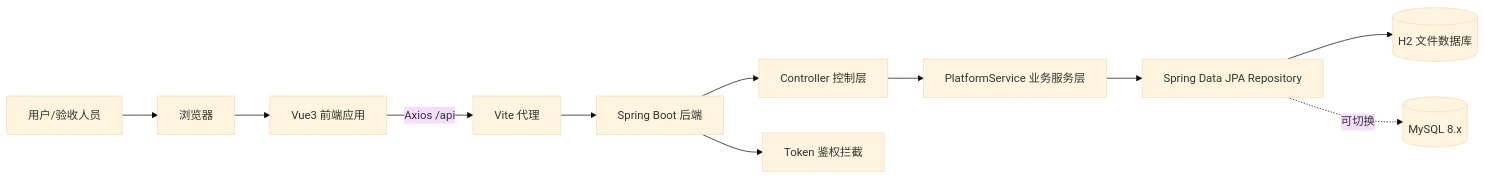
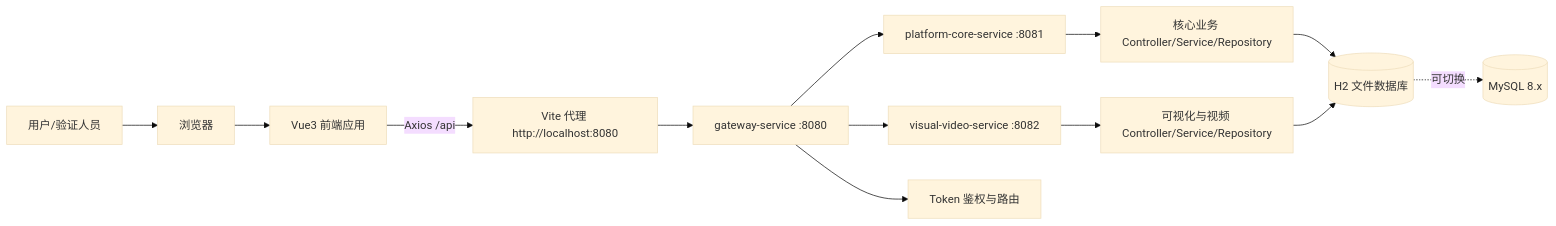
The first of 6 diagrams in docs/架构设计报告.md (hmhm114514/industrial-iot-platform), drawn with Mermaid (base theme) before and after one commit. The commit also changed other lines of this file and 218 other files, not shown here.

````diff
--- a/docs/架构设计报告.md
+++ b/docs/架构设计报告.md
@@ -17,13 +17,15 @@
 ```mermaid
 flowchart LR
-    U[用户/验收人员] --> B[浏览器]
+    U[用户/验证人员] --> B[浏览器]
     B --> F[Vue3 前端应用]
-    F -->|Axios /api| N[Vite 代理]
-    N --> S[Spring Boot 后端]
-    S --> C[Controller 控制层]
-    C --> SV[PlatformService 业务服务层]
-    SV --> R[Spring Data JPA Repository]
-    R --> DB[(H2 文件数据库)]
-    R -.可切换.-> MYSQL[(MySQL 8.x)]
-    S --> A[Token 鉴权拦截]
+    F -->|Axios /api| N[Vite 代理 http://localhost:8080]
+    N --> G[gateway-service :8080]
+    G --> C[platform-core-service :8081]
+    G --> V[visual-video-service :8082]
+    C --> CR[核心业务 Controller/Service/Repository]
+    V --> VR[可视化与视频 Controller/Service/Repository]
+    CR --> DB[(H2 文件数据库)]
+    VR --> DB
+    DB -.可切换.-> MYSQL[(MySQL 8.x)]
+    G --> A[Token 鉴权与路由]
 ```
````
